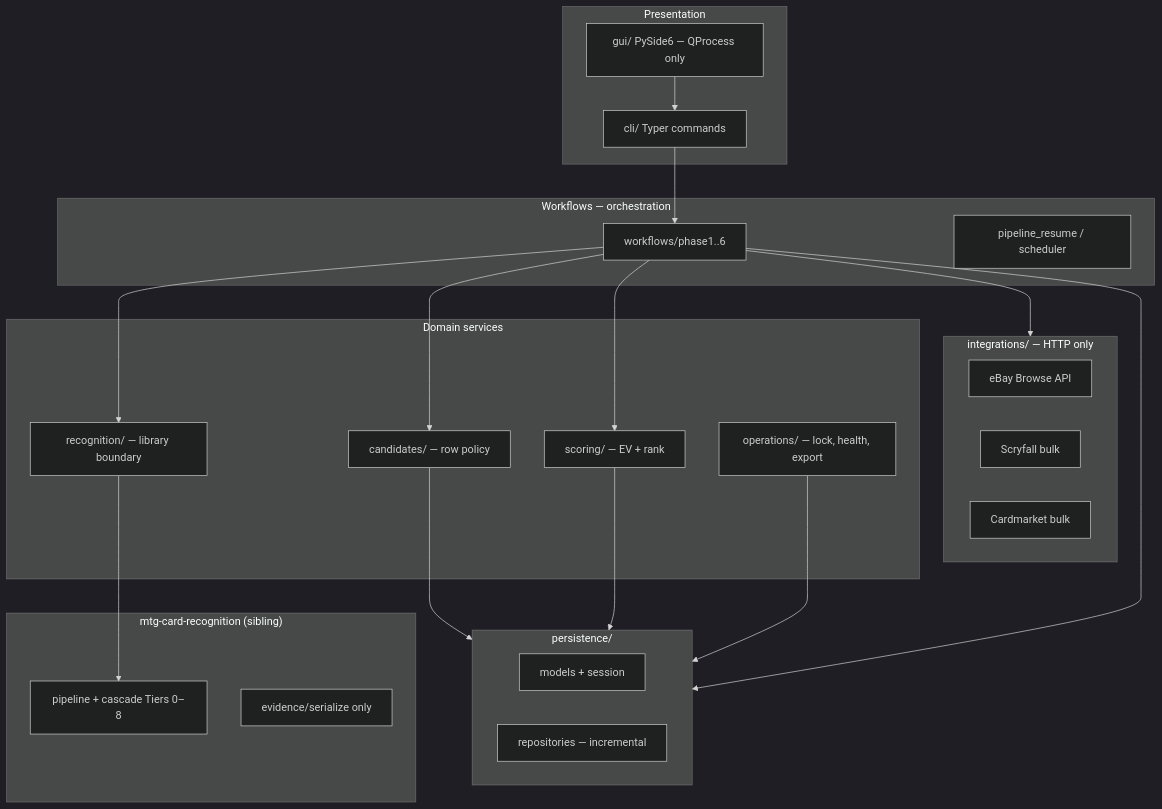
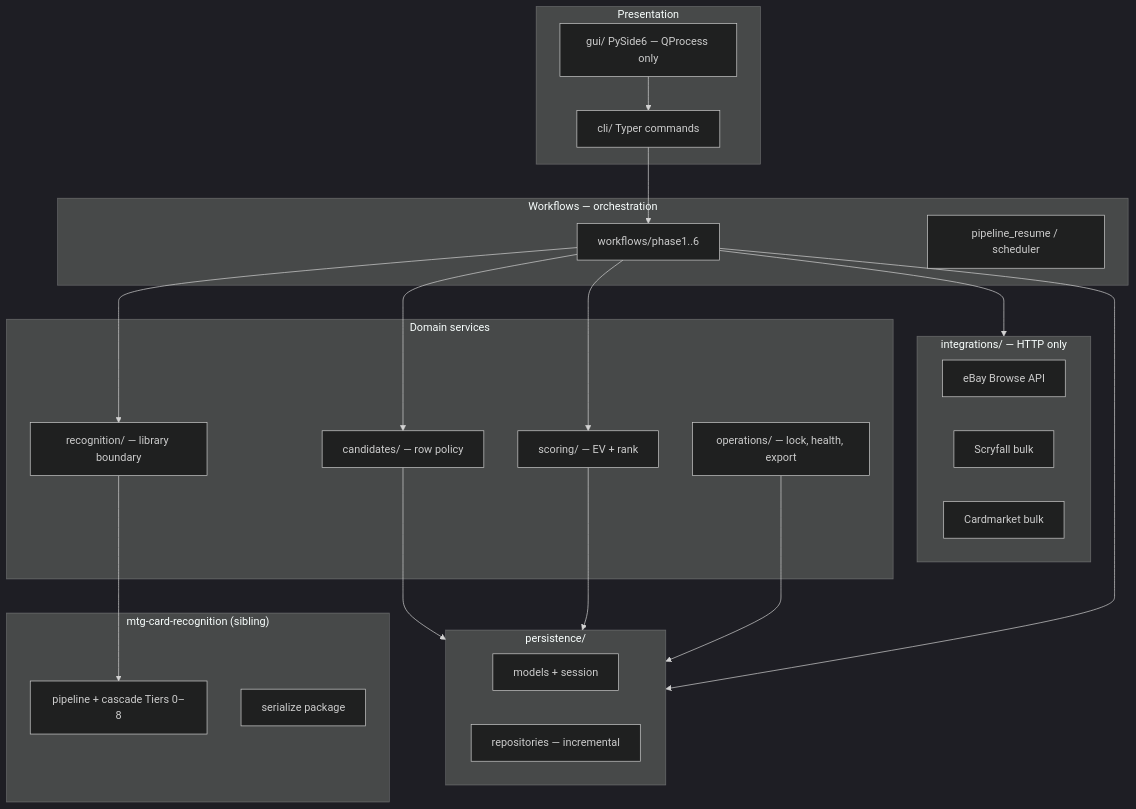
Before and after one commit to Will-Thain/EbayWorkflows: the first of 2 diagrams in docs/architecture.md, drawn with Mermaid (dark theme). The commit also changed other lines of this file and 7 other files, not shown here.

````diff
--- a/docs/architecture.md
+++ b/docs/architecture.md
@@ -9,47 +9,47 @@
 ```mermaid
 flowchart TB
   subgraph presentation ["Presentation"]
     CLI[cli/ Typer commands]
     GUI[gui/ PySide6 — QProcess only]
   end
 
   subgraph workflows ["Workflows — orchestration"]
     PH[workflows/phase1..6]
     RES[pipeline_resume / scheduler]
   end
 
   subgraph domain ["Domain services"]
     REC[recognition/ — library boundary]
     CAND[candidates/ — row policy]
     SCORE[scoring/ — EV + rank]
     OPS[operations/ — lock, health, export]
   end
 
   subgraph external ["integrations/ — HTTP only"]
     EBAY[eBay Browse API]
     SF[Scryfall bulk]
     CM[Cardmarket bulk]
   end
 
   subgraph persistence ["persistence/"]
     ORM[models + session]
     REPO[repositories — incremental]
   end
 
   subgraph lib ["mtg-card-recognition (sibling)"]
     CASCADE[pipeline + cascade Tiers 0–8]
-    SER[evidence/serialize only]
+    SER[serialize package]
   end
 
   CLI --> PH
   GUI --> CLI
   PH --> REC
   PH --> CAND
   PH --> SCORE
   PH --> external
   PH --> persistence
   REC --> CASCADE
   CAND --> persistence
   SCORE --> persistence
   OPS --> persistence
 ```
````
